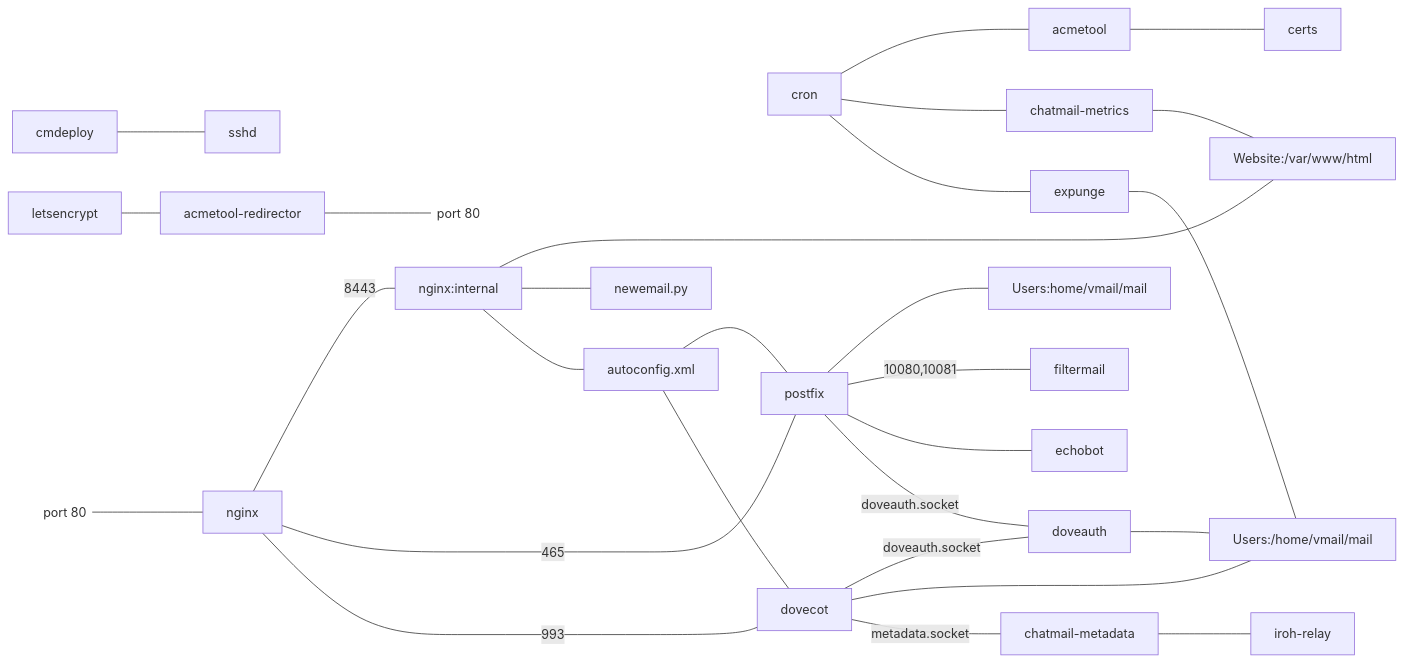
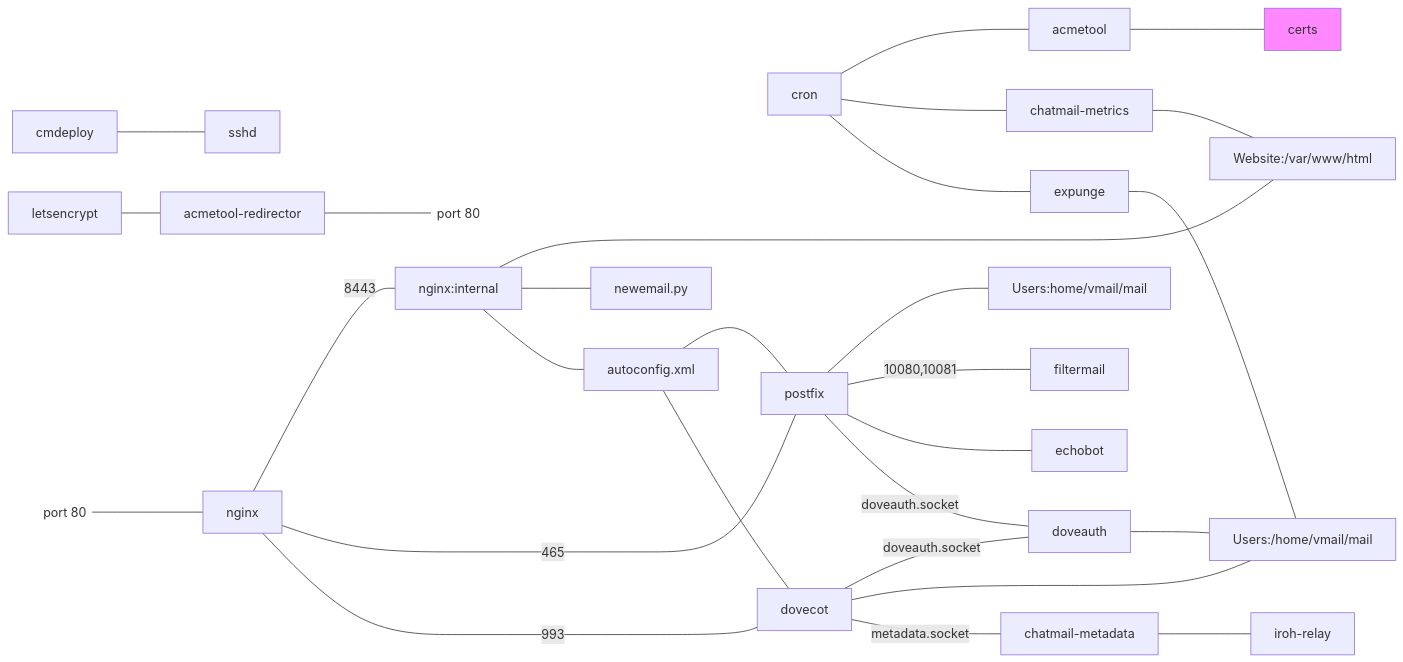
The diagram in ARCHITECTURE.md (cliffmccarthy/chatmail-relay), drawn with Mermaid before and after one commit.

````diff
--- a/ARCHITECTURE.md
+++ b/ARCHITECTURE.md
@@ -4,31 +4,31 @@
 ```mermaid
 graph LR;
     cmdeploy --- sshd;
     letsencrypt --- acmetool-redirector;
     acmetool-redirector --- port80r@{ shape: text, label: "port 80" };
     port80l@{ shape: text, label: "port 80" } --- nginx;
     nginx --- |8443|nginx:internal;
     nginx:internal --- Website:/var/www/html;
     nginx:internal --- newemail.py;
     nginx:internal --- autoconfig.xml;
     cron --- acmetool;
     cron --- chatmail-metrics;
     cron --- expunge;
     chatmail-metrics --- Website:/var/www/html;
     acmetool --- certs;
     nginx --- |465|postfix;
     nginx --- |993|dovecot;
     autoconfig.xml --- postfix;
     autoconfig.xml --- dovecot;
     postfix --- Users:home/vmail/mail;
     postfix --- |10080,10081|filtermail;
     postfix --- echobot;
     postfix --- |doveauth.socket|doveauth;
     dovecot --- |doveauth.socket|doveauth;
     dovecot --- Users:/home/vmail/mail;
     dovecot --- |metadata.socket|chatmail-metadata;
     doveauth --- Users:/home/vmail/mail;
     expunge --- Users:/home/vmail/mail;
     chatmail-metadata --- iroh-relay;
-    style certs fill:color:f8f;
+    style certs fill:#f8f;
 ```
````
